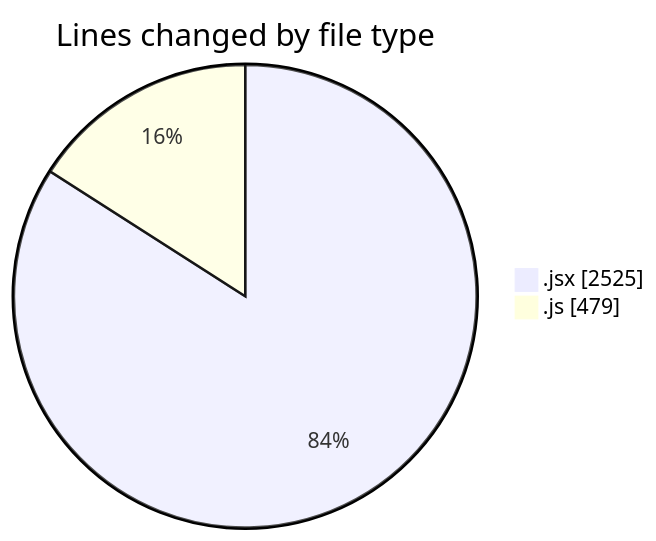
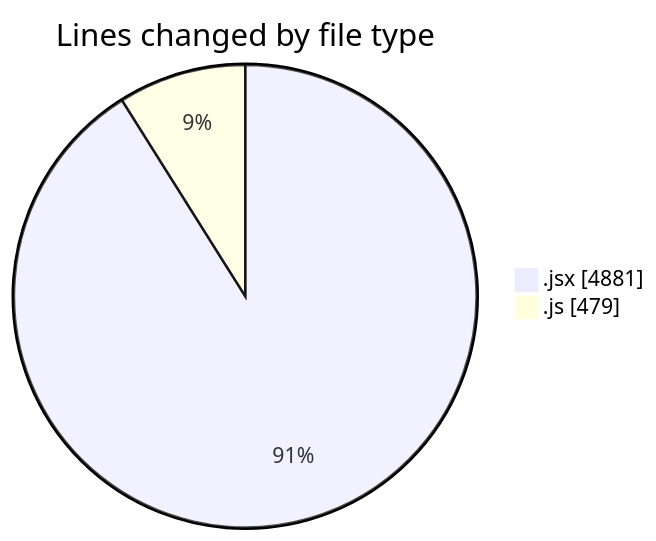
Before and after one commit to nxtqubesakshisongat/code-tracking: the first of 2 diagrams in 2026-01-20/nxtqube_webapp/README.md, drawn with Mermaid. The commit also changed other lines of this file and 1 other file, not shown here.

````diff
--- a/2026-01-20/nxtqube_webapp/README.md
+++ b/2026-01-20/nxtqube_webapp/README.md
@@ -23,6 +24,6 @@
 ```mermaid
 pie showData
 title Lines changed by file type
-".jsx" : 2525
+".jsx" : 4881
 ".js" : 479
 ```
````
